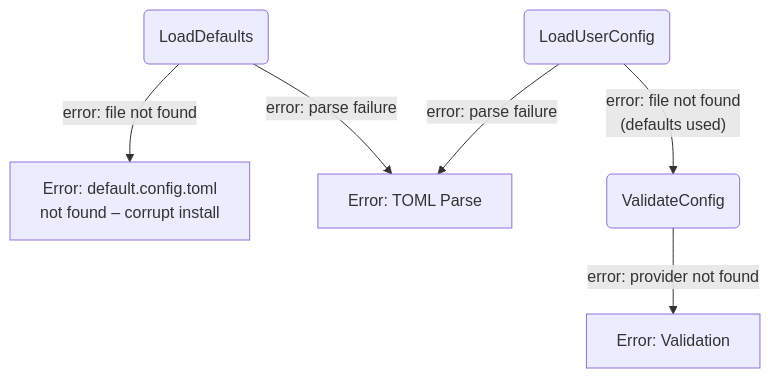
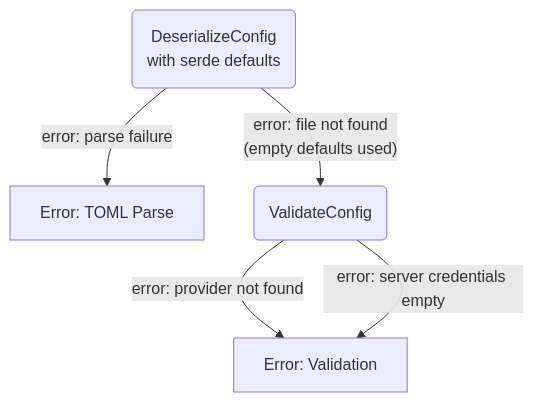
One commit to cosmoswafer/rockbot changed the second of 2 diagrams in _dfd/infra/config.md. Above: the diagram before and after it, drawn with Mermaid. The commit also changed other lines of this file and 7 other files, not shown here.

First line of the commit message:
Embed default config values in Rust source, remove runtime dependency on default.config.toml

````diff
--- a/_dfd/infra/config.md
+++ b/_dfd/infra/config.md
@@ -52,15 +44,12 @@
 ```mermaid
 flowchart TD
-    LOAD_DEF(LoadDefaults)
-    LOAD_USR(LoadUserConfig)
-    ERR_MISSING_DEF[Error: default.config.toml\nnot found – corrupt install]
+    LOAD_USR(DeserializeConfig\nwith serde defaults)
     ERR_PARSE[Error: TOML Parse]
     ERR_VALID[Error: Validation]
     VALIDATE(ValidateConfig)
 
-    LOAD_DEF -->|"error: file not found"| ERR_MISSING_DEF
-    LOAD_DEF -->|"error: parse failure"| ERR_PARSE
     LOAD_USR -->|"error: parse failure"| ERR_PARSE
-    LOAD_USR -->|"error: file not found\n(defaults used)"| VALIDATE
+    LOAD_USR -->|"error: file not found\n(empty defaults used)"| VALIDATE
     VALIDATE -->|"error: provider not found"| ERR_VALID
+    VALIDATE -->|"error: server credentials empty"| ERR_VALID
 ```
````
